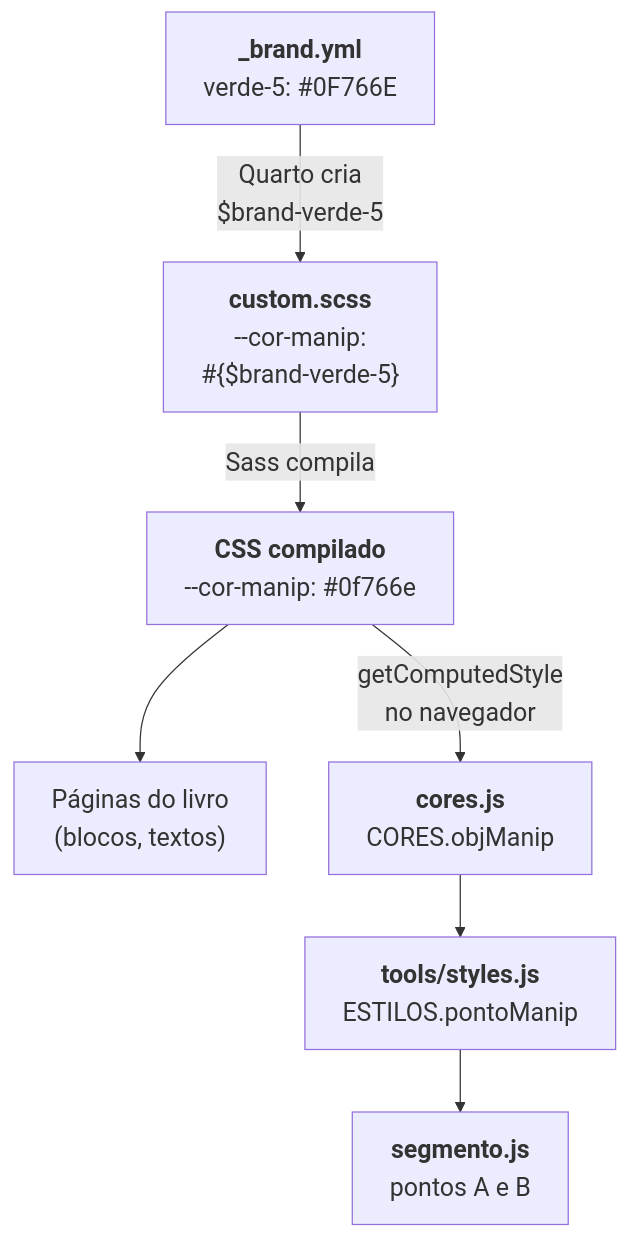
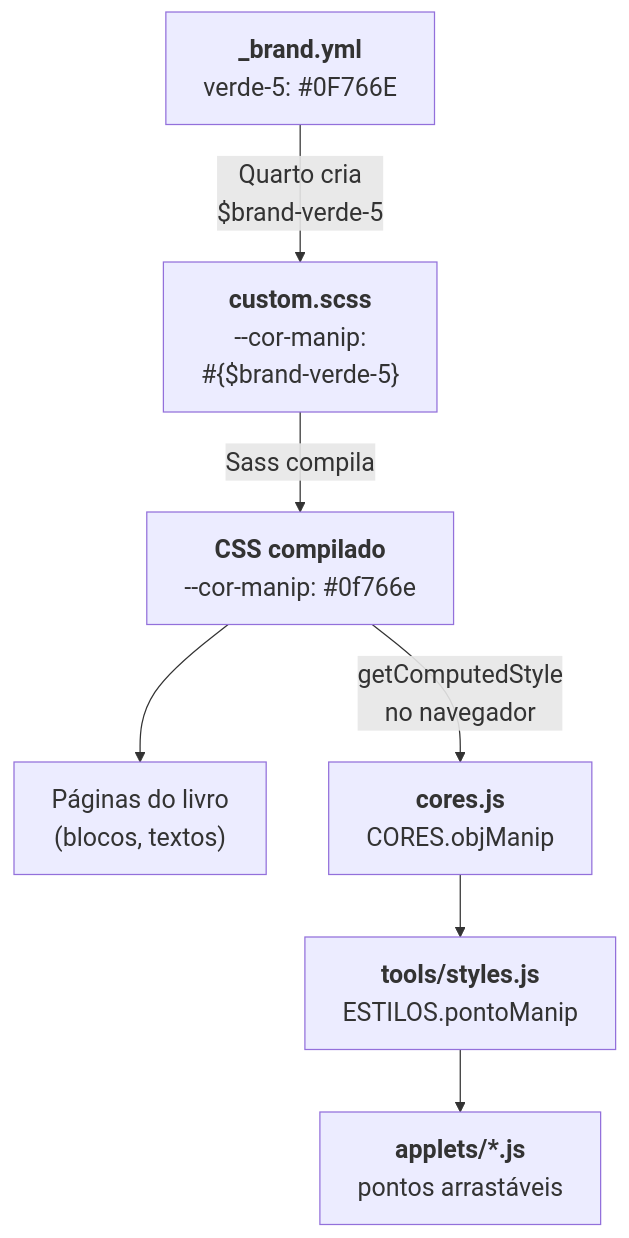
Before and after one commit to lcmerlo/livro-online-fcg: the fourth of 9 diagrams in _interno/diretrizes/arquitetura.md, drawn with Mermaid. The commit also changed other lines of this file and 13 other files, not shown here.

````diff
--- a/_interno/diretrizes/arquitetura.md
+++ b/_interno/diretrizes/arquitetura.md
@@ -255,18 +255,18 @@
 ```mermaid
 %%{init: {"themeVariables": {"fontSize": "20px"}, "flowchart": {"wrappingWidth": 420}}}%%
 flowchart TD
     b["<b>_brand.yml</b><br/>verde-5: #0F766E"]
     s["<b>custom.scss</b><br/>--cor-manip:<br/>#{$brand-verde-5}"]
     css["<b>CSS compilado</b><br/>--cor-manip: #0f766e"]
     site["Páginas do livro<br/>(blocos, textos)"]
     c["<b>cores.js</b><br/>CORES.objManip"]
     st["<b>tools/styles.js</b><br/>ESTILOS.pontoManip"]
-    a["<b>segmento.js</b><br/>pontos A e B"]
+    a["<b>applets/*.js</b><br/>pontos arrastáveis"]
 
     b -->|"Quarto cria<br/>$brand-verde-5"| s
     s -->|"Sass compila"| css
     css --> site
     css -->|"getComputedStyle<br/>no navegador"| c
     c --> st
     st --> a
 ```
````
